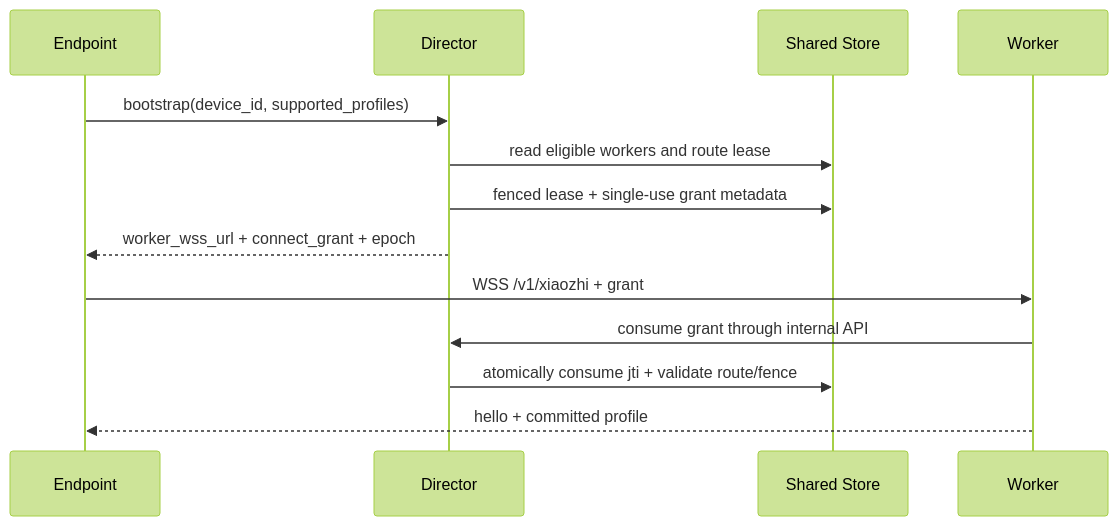
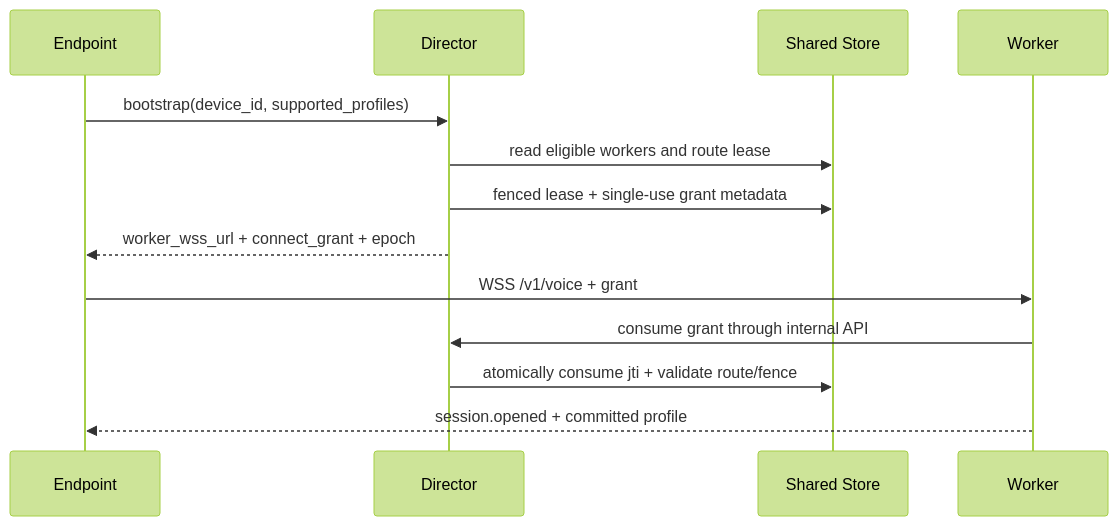
Before and after one commit to wuhuaha/realtime-voice-agent: the second of 2 diagrams in docs/architecture/system.md, drawn with Mermaid (forest theme). The commit also changed other lines of this file and 189 other files, not shown here.

````diff
--- a/docs/architecture/system.md
+++ b/docs/architecture/system.md
@@ -66,15 +66,15 @@
 ```mermaid
 sequenceDiagram
     participant E as Endpoint
     participant D as Director
     participant S as Shared Store
     participant W as Worker
     E->>D: bootstrap(device_id, supported_profiles)
     D->>S: read eligible workers and route lease
     D->>S: fenced lease + single-use grant metadata
     D-->>E: worker_wss_url + connect_grant + epoch
-    E->>W: WSS /v1/xiaozhi + grant
+    E->>W: WSS /v1/voice + grant
     W->>D: consume grant through internal API
     D->>S: atomically consume jti + validate route/fence
-    W-->>E: hello + committed profile
+    W-->>E: session.opened + committed profile
 ```
````
